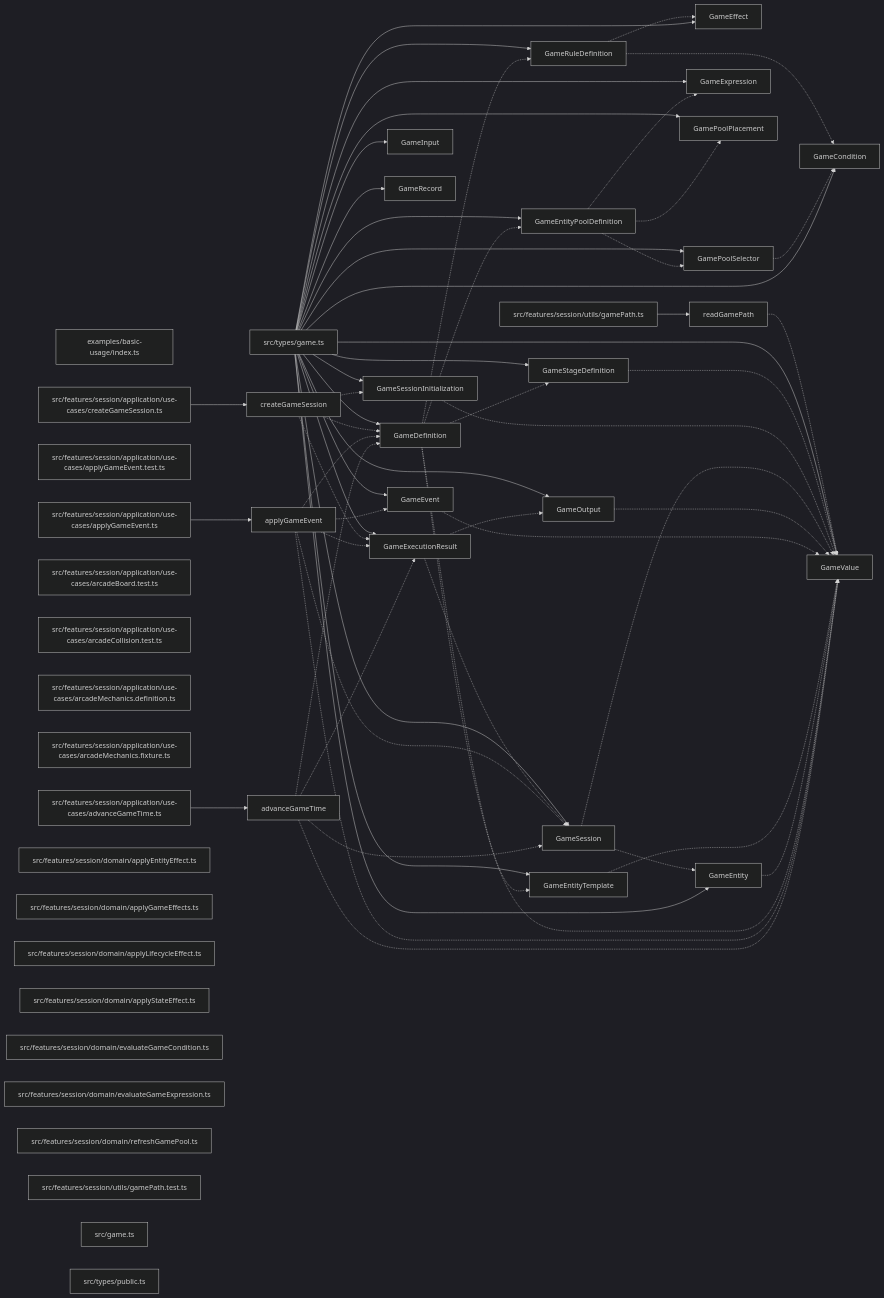
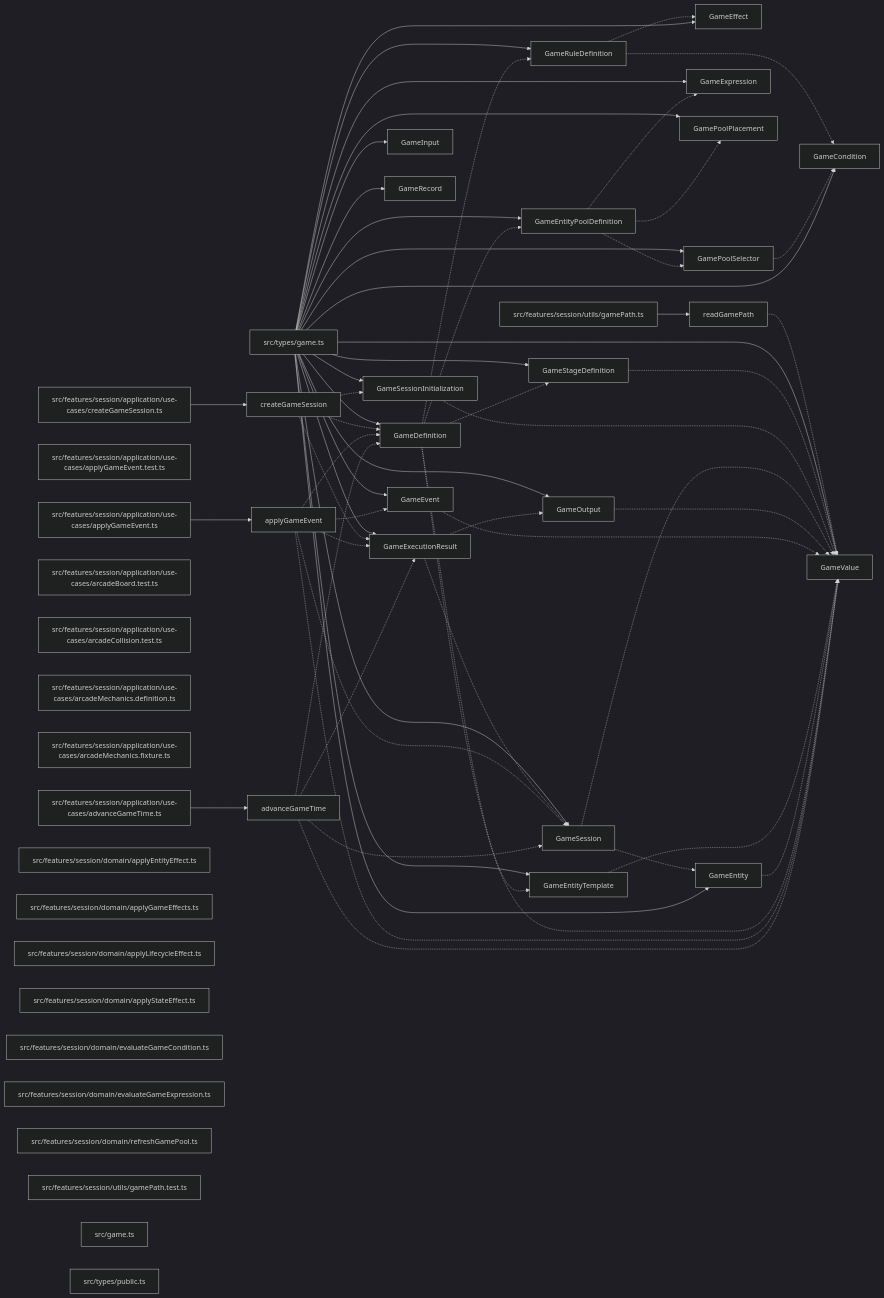
One commit to ankhorage/game changed the diagram in paradox/diagrams/export-graph.mmd. Above: the diagram before and after it, drawn with Mermaid (dark theme). The commit also changed 9 other files, not shown here.

```diff
--- a/paradox/diagrams/export-graph.mmd
+++ b/paradox/diagrams/export-graph.mmd
@@ -1,102 +1,101 @@
 graph LR
-  module_examples_basic_usage_index_ts["examples/basic-usage/index.ts"]
   module_src_features_session_application_use_cases_advanceGameTime_ts["src/features/session/application/use-cases/advanceGameTime.ts"]
   module_src_features_session_application_use_cases_applyGameEvent_test_ts["src/features/session/application/use-cases/applyGameEvent.test.ts"]
   module_src_features_session_application_use_cases_applyGameEvent_ts["src/features/session/application/use-cases/applyGameEvent.ts"]
   module_src_features_session_application_use_cases_arcadeBoard_test_ts["src/features/session/application/use-cases/arcadeBoard.test.ts"]
   module_src_features_session_application_use_cases_arcadeCollision_test_ts["src/features/session/application/use-cases/arcadeCollision.test.ts"]
   module_src_features_session_application_use_cases_arcadeMechanics_definition_ts["src/features/session/application/use-cases/arcadeMechanics.definition.ts"]
   module_src_features_session_application_use_cases_arcadeMechanics_fixture_ts["src/features/session/application/use-cases/arcadeMechanics.fixture.ts"]
   module_src_features_session_application_use_cases_createGameSession_ts["src/features/session/application/use-cases/createGameSession.ts"]
   module_src_features_session_domain_applyEntityEffect_ts["src/features/session/domain/applyEntityEffect.ts"]
   module_src_features_session_domain_applyGameEffects_ts["src/features/session/domain/applyGameEffects.ts"]
   module_src_features_session_domain_applyLifecycleEffect_ts["src/features/session/domain/applyLifecycleEffect.ts"]
   module_src_features_session_domain_applyStateEffect_ts["src/features/session/domain/applyStateEffect.ts"]
   module_src_features_session_domain_evaluateGameCondition_ts["src/features/session/domain/evaluateGameCondition.ts"]
   module_src_features_session_domain_evaluateGameExpression_ts["src/features/session/domain/evaluateGameExpression.ts"]
   module_src_features_session_domain_refreshGamePool_ts["src/features/session/domain/refreshGamePool.ts"]
   module_src_features_session_utils_gamePath_test_ts["src/features/session/utils/gamePath.test.ts"]
   module_src_features_session_utils_gamePath_ts["src/features/session/utils/gamePath.ts"]
   module_src_game_ts["src/game.ts"]
   module_src_types_game_ts["src/types/game.ts"]
   module_src_types_public_ts["src/types/public.ts"]
   export_advanceGameTime["advanceGameTime"]
   module_src_features_session_application_use_cases_advanceGameTime_ts --> export_advanceGameTime
   export_advanceGameTime -.-> export_GameDefinition
   export_advanceGameTime -.-> export_GameExecutionResult
   export_advanceGameTime -.-> export_GameSession
   export_advanceGameTime -.-> export_GameValue
   export_applyGameEvent["applyGameEvent"]
   module_src_features_session_application_use_cases_applyGameEvent_ts --> export_applyGameEvent
   export_applyGameEvent -.-> export_GameDefinition
   export_applyGameEvent -.-> export_GameEvent
   export_applyGameEvent -.-> export_GameExecutionResult
   export_applyGameEvent -.-> export_GameSession
   export_applyGameEvent -.-> export_GameValue
   export_createGameSession["createGameSession"]
   module_src_features_session_application_use_cases_createGameSession_ts --> export_createGameSession
   export_createGameSession -.-> export_GameDefinition
   export_createGameSession -.-> export_GameExecutionResult
   export_createGameSession -.-> export_GameSessionInitialization
   export_GameCondition["GameCondition"]
   module_src_types_game_ts --> export_GameCondition
   export_GameDefinition["GameDefinition"]
   module_src_types_game_ts --> export_GameDefinition
   export_GameDefinition -.-> export_GameEntityPoolDefinition
   export_GameDefinition -.-> export_GameEntityTemplate
   export_GameDefinition -.-> export_GameRuleDefinition
   export_GameDefinition -.-> export_GameStageDefinition
   export_GameDefinition -.-> export_GameValue
   export_GameEffect["GameEffect"]
   module_src_types_game_ts --> export_GameEffect
   export_GameEntity["GameEntity"]
   module_src_types_game_ts --> export_GameEntity
   export_GameEntity -.-> export_GameValue
   export_GameEntityPoolDefinition["GameEntityPoolDefinition"]
   module_src_types_game_ts --> export_GameEntityPoolDefinition
   export_GameEntityPoolDefinition -.-> export_GameExpression
   export_GameEntityPoolDefinition -.-> export_GamePoolPlacement
   export_GameEntityPoolDefinition -.-> export_GamePoolSelector
   export_GameEntityTemplate["GameEntityTemplate"]
   module_src_types_game_ts --> export_GameEntityTemplate
   export_GameEntityTemplate -.-> export_GameValue
   export_GameEvent["GameEvent"]
   module_src_types_game_ts --> export_GameEvent
   export_GameEvent -.-> export_GameValue
   export_GameExecutionResult["GameExecutionResult"]
   module_src_types_game_ts --> export_GameExecutionResult
   export_GameExecutionResult -.-> export_GameOutput
   export_GameExecutionResult -.-> export_GameSession
   export_GameExpression["GameExpression"]
   module_src_types_game_ts --> export_GameExpression
   export_GameInput["GameInput"]
   module_src_types_game_ts --> export_GameInput
   export_GameOutput["GameOutput"]
   module_src_types_game_ts --> export_GameOutput
   export_GameOutput -.-> export_GameValue
   export_GamePoolPlacement["GamePoolPlacement"]
   module_src_types_game_ts --> export_GamePoolPlacement
   export_GamePoolSelector["GamePoolSelector"]
   module_src_types_game_ts --> export_GamePoolSelector
   export_GamePoolSelector -.-> export_GameCondition
   export_GameRecord["GameRecord"]
   module_src_types_game_ts --> export_GameRecord
   export_GameRuleDefinition["GameRuleDefinition"]
   module_src_types_game_ts --> export_GameRuleDefinition
   export_GameRuleDefinition -.-> export_GameCondition
   export_GameRuleDefinition -.-> export_GameEffect
   export_GameSession["GameSession"]
   module_src_types_game_ts --> export_GameSession
   export_GameSession -.-> export_GameEntity
   export_GameSession -.-> export_GameValue
   export_GameSessionInitialization["GameSessionInitialization"]
   module_src_types_game_ts --> export_GameSessionInitialization
   export_GameSessionInitialization -.-> export_GameValue
   export_GameStageDefinition["GameStageDefinition"]
   module_src_types_game_ts --> export_GameStageDefinition
   export_GameStageDefinition -.-> export_GameValue
   export_GameValue["GameValue"]
   module_src_types_game_ts --> export_GameValue
   export_readGamePath["readGamePath"]
   module_src_features_session_utils_gamePath_ts --> export_readGamePath
   export_readGamePath -.-> export_GameValue
```
